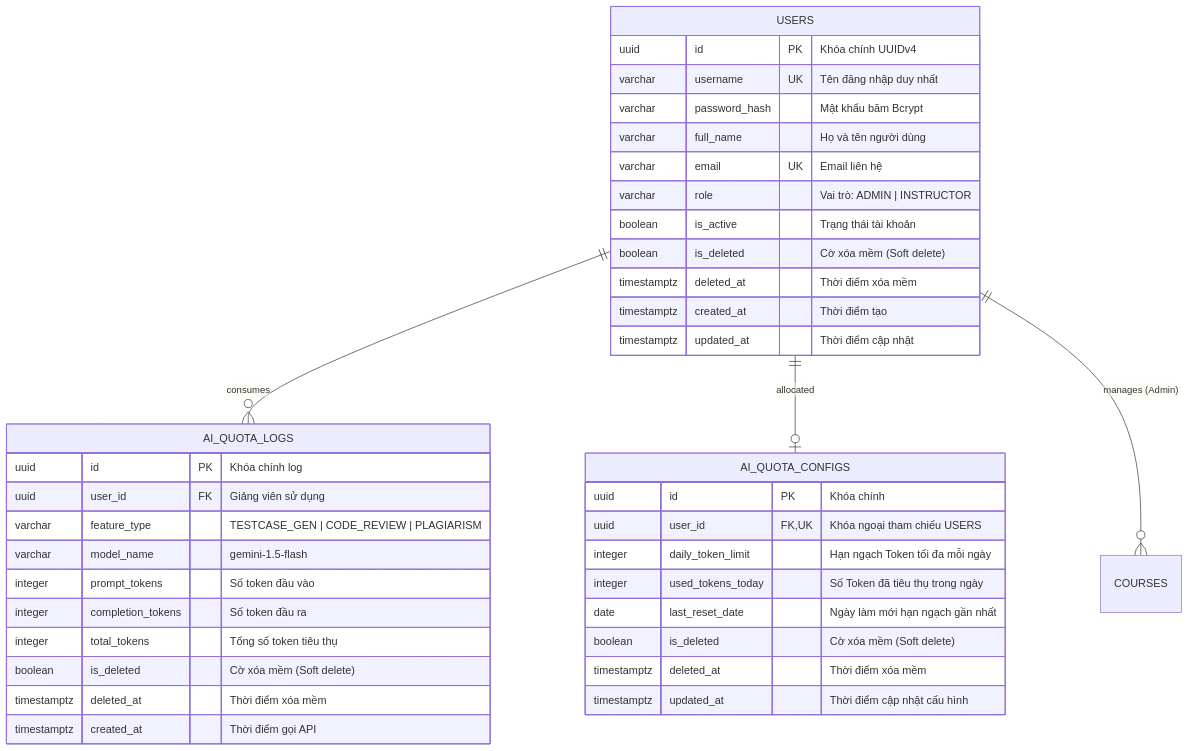
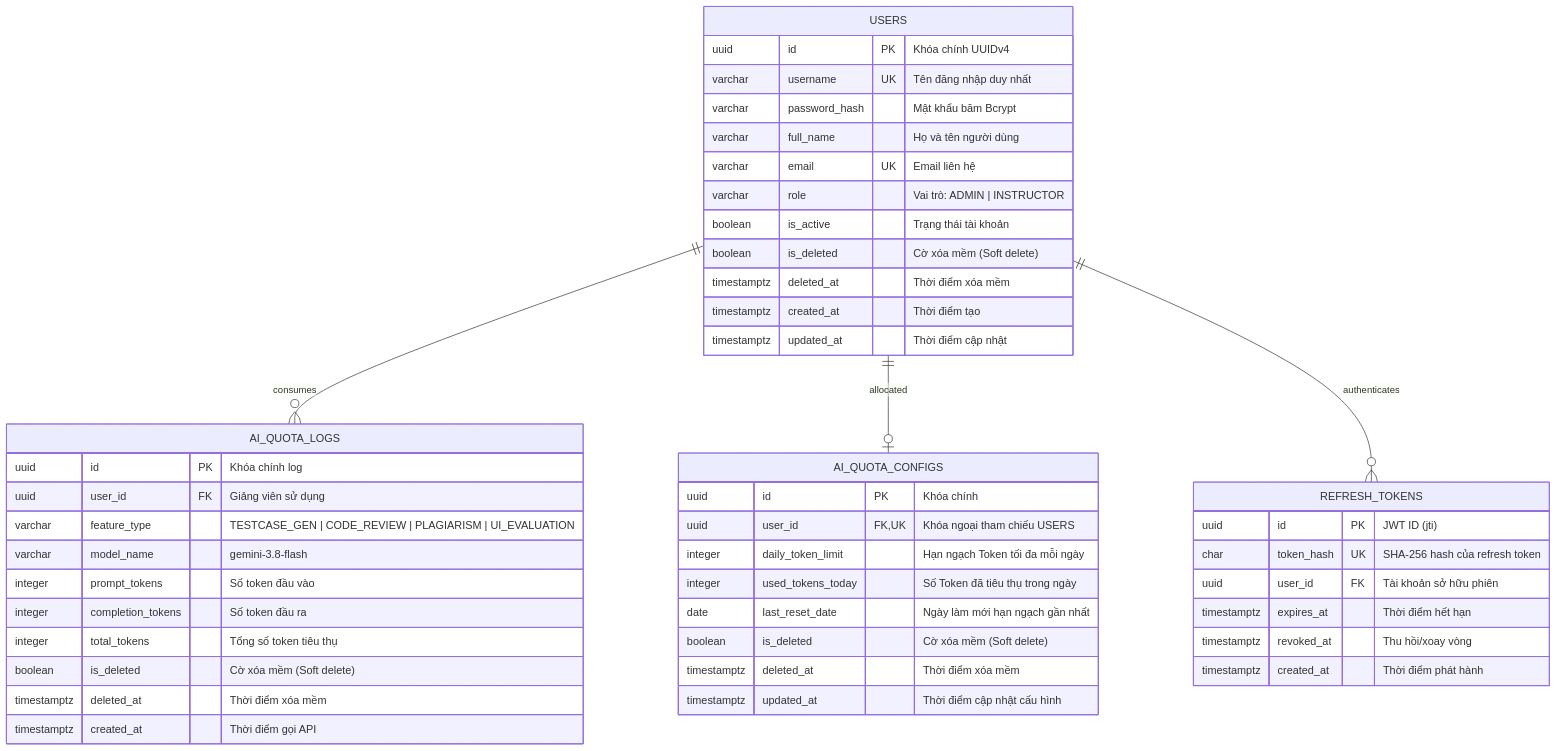
One commit to gray8493/iata_project changed the first of 2 diagrams in docs/architecture/database_schema.md. Above: the diagram before and after it, drawn with Mermaid. The commit also changed other lines of this file and 95 other files, not shown here.

Commit message:
feat(backend): implement web admin apis, unit tests, and remove courses

````diff
--- a/docs/architecture/database_schema.md
+++ b/docs/architecture/database_schema.md
@@ -18,44 +18,53 @@
 ```mermaid
 erDiagram
     USERS ||--o{ AI_QUOTA_LOGS : "consumes"
     USERS ||--o| AI_QUOTA_CONFIGS : "allocated"
-    USERS ||--o{ COURSES : "manages (Admin)"
+    USERS ||--o{ REFRESH_TOKENS : "authenticates"
 
     USERS {
         uuid id PK "Khóa chính UUIDv4"
         varchar username UK "Tên đăng nhập duy nhất"
         varchar password_hash "Mật khẩu băm Bcrypt"
         varchar full_name "Họ và tên người dùng"
         varchar email UK "Email liên hệ"
         varchar role "Vai trò: ADMIN | INSTRUCTOR"
         boolean is_active "Trạng thái tài khoản"
         boolean is_deleted "Cờ xóa mềm (Soft delete)"
         timestamptz deleted_at "Thời điểm xóa mềm"
         timestamptz created_at "Thời điểm tạo"
         timestamptz updated_at "Thời điểm cập nhật"
     }
 
     AI_QUOTA_CONFIGS {
         uuid id PK "Khóa chính"
         uuid user_id FK,UK "Khóa ngoại tham chiếu USERS"
         integer daily_token_limit "Hạn ngạch Token tối đa mỗi ngày"
         integer used_tokens_today "Số Token đã tiêu thụ trong ngày"
         date last_reset_date "Ngày làm mới hạn ngạch gần nhất"
         boolean is_deleted "Cờ xóa mềm (Soft delete)"
         timestamptz deleted_at "Thời điểm xóa mềm"
         timestamptz updated_at "Thời điểm cập nhật cấu hình"
     }
 
     AI_QUOTA_LOGS {
         uuid id PK "Khóa chính log"
         uuid user_id FK "Giảng viên sử dụng"
-        varchar feature_type "TESTCASE_GEN | CODE_REVIEW | PLAGIARISM"
-        varchar model_name "gemini-1.5-flash"
+        varchar feature_type "TESTCASE_GEN | CODE_REVIEW | PLAGIARISM | UI_EVALUATION"
+        varchar model_name "gemini-3.8-flash"
         integer prompt_tokens "Số token đầu vào"
         integer completion_tokens "Số token đầu ra"
         integer total_tokens "Tổng số token tiêu thụ"
         boolean is_deleted "Cờ xóa mềm (Soft delete)"
         timestamptz deleted_at "Thời điểm xóa mềm"
         timestamptz created_at "Thời điểm gọi API"
     }
+
+    REFRESH_TOKENS {
+        uuid id PK "JWT ID (jti)"
+        char token_hash UK "SHA-256 hash của refresh token"
+        uuid user_id FK "Tài khoản sở hữu phiên"
+        timestamptz expires_at "Thời điểm hết hạn"
+        timestamptz revoked_at "Thu hồi/xoay vòng"
+        timestamptz created_at "Thời điểm phát hành"
+    }
 ```
````
